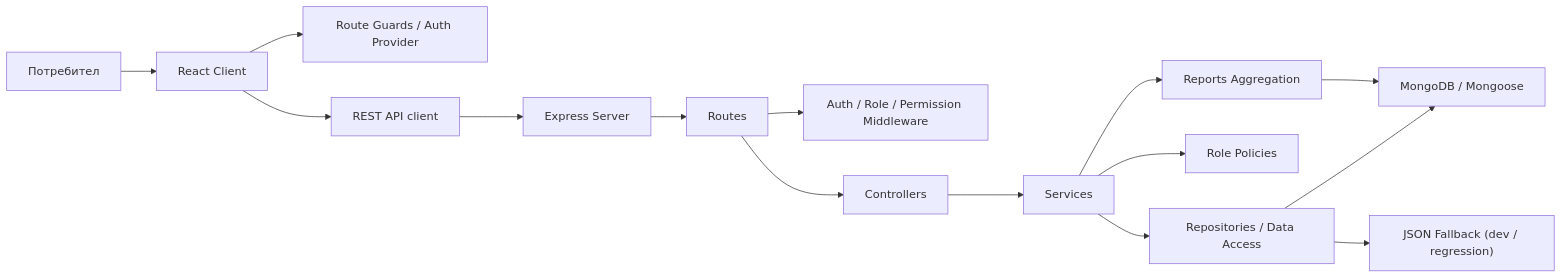
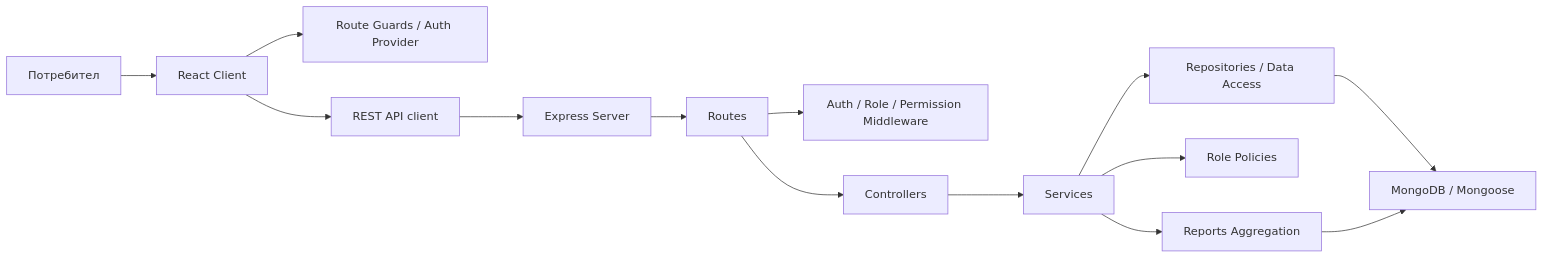
Before and after one commit to Rostislav-Ognyanov/animal-shelter-diploma: the first of 3 diagrams in docs/SYSTEM_DOCUMENTATION.md, drawn with Mermaid. The commit also changed other lines of this file and 32 other files, not shown here.

````diff
--- a/docs/SYSTEM_DOCUMENTATION.md
+++ b/docs/SYSTEM_DOCUMENTATION.md
@@ -35,20 +35,19 @@
 ```mermaid
 flowchart LR
     U["Потребител"] --> FE["React Client"]
     FE --> RG["Route Guards / Auth Provider"]
     FE --> API["REST API client"]
 
     API --> EX["Express Server"]
     EX --> RT["Routes"]
     RT --> MW["Auth / Role / Permission Middleware"]
     RT --> CT["Controllers"]
     CT --> SV["Services"]
     SV --> RP["Repositories / Data Access"]
     SV --> POL["Role Policies"]
 
     RP --> MDB["MongoDB / Mongoose"]
-    RP --> JSON["JSON Fallback (dev / regression)"]
 
     SV --> AGG["Reports Aggregation"]
     AGG --> MDB
 ```
````
